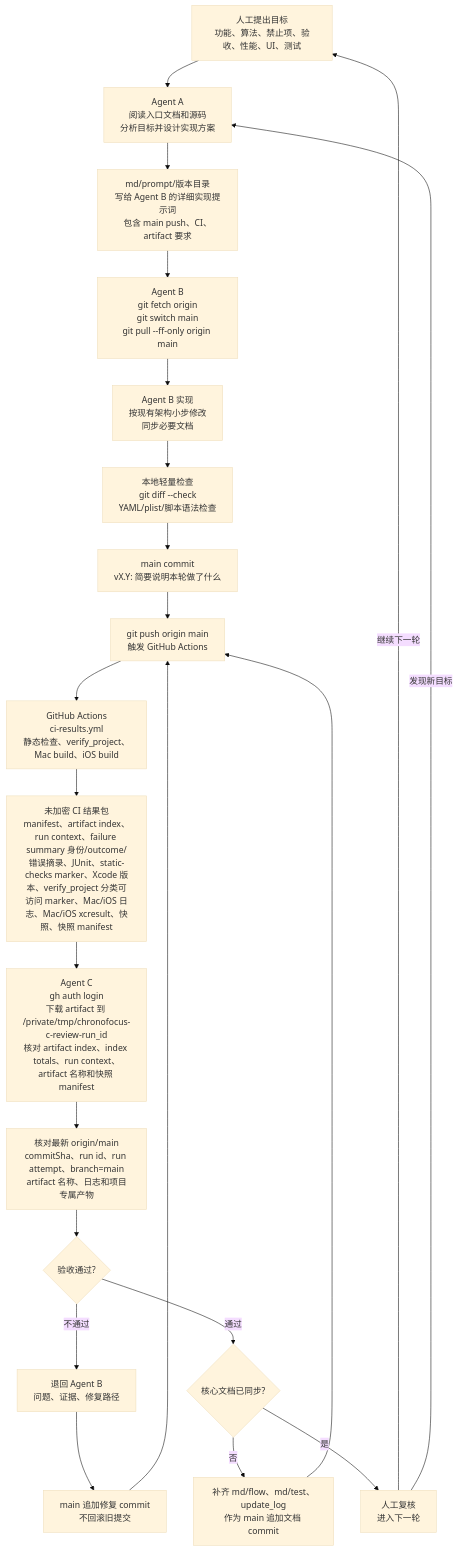
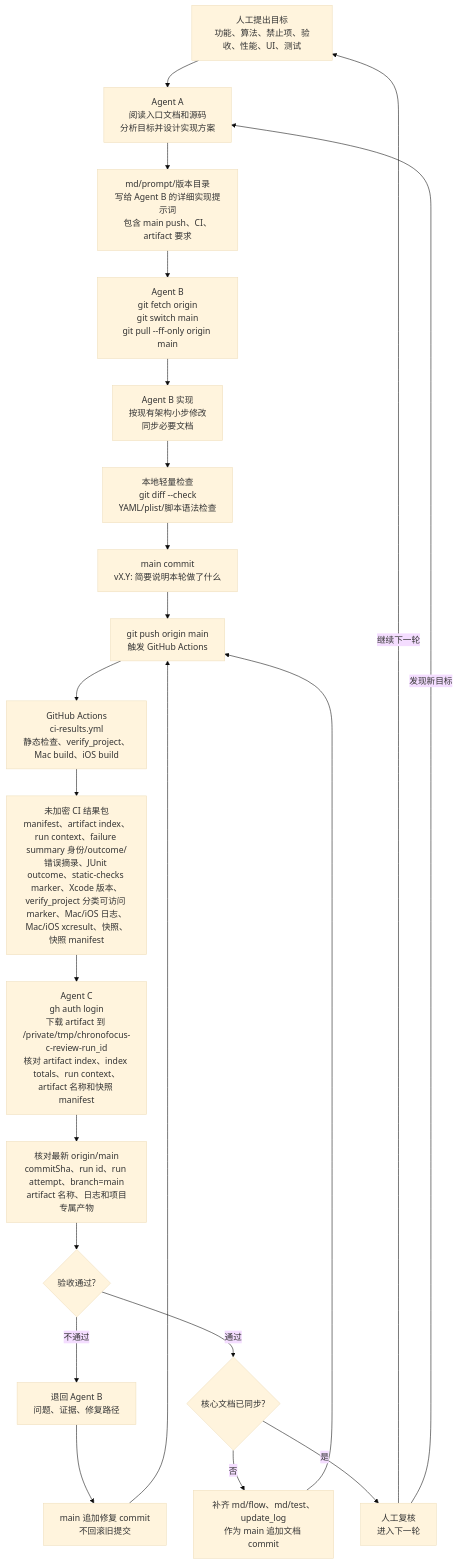
One commit to Altman-sam114/114 changed the fifth of 6 diagrams in md/flow/flowchart.md. Above: the diagram before and after it, drawn with Mermaid (base theme). The commit also changed other lines of this file and 7 other files, not shown here.

Commit message:
v0.38: 复判 CI JUnit outcome

````diff
--- a/md/flow/flowchart.md
+++ b/md/flow/flowchart.md
@@ -102,24 +102,24 @@
 ```mermaid
 flowchart TD
   H["人工提出目标<br/>功能、算法、禁止项、验收、性能、UI、测试"] --> A["Agent A<br/>阅读入口文档和源码<br/>分析目标并设计实现方案"]
   A --> P["md/prompt/版本目录<br/>写给 Agent B 的详细实现提示词<br/>包含 main push、CI、artifact 要求"]
   P --> B0["Agent B<br/>git fetch origin<br/>git switch main<br/>git pull --ff-only origin main"]
   B0 --> B1["Agent B 实现<br/>按现有架构小步修改<br/>同步必要文档"]
   B1 --> L["本地轻量检查<br/>git diff --check<br/>YAML/plist/脚本语法检查"]
   L --> G["main commit<br/>vX.Y: 简要说明本轮做了什么"]
   G --> PUSH["git push origin main<br/>触发 GitHub Actions"]
   PUSH --> CI["GitHub Actions<br/>ci-results.yml<br/>静态检查、verify_project、Mac build、iOS build"]
-  CI --> ART["未加密 CI 结果包<br/>manifest、artifact index、run context、failure summary 身份/outcome/错误摘录、JUnit、static-checks marker、Xcode 版本、verify_project 分类可访问 marker、Mac/iOS 日志、Mac/iOS xcresult、快照、快照 manifest"]
+  CI --> ART["未加密 CI 结果包<br/>manifest、artifact index、run context、failure summary 身份/outcome/错误摘录、JUnit outcome、static-checks marker、Xcode 版本、verify_project 分类可访问 marker、Mac/iOS 日志、Mac/iOS xcresult、快照、快照 manifest"]
   ART --> C["Agent C<br/>gh auth login<br/>下载 artifact 到 /private/tmp/chronofocus-c-review-run_id<br/>核对 artifact index、index totals、run context、artifact 名称和快照 manifest"]
   C --> V["核对最新 origin/main<br/>commitSha、run id、run attempt、branch=main<br/>artifact 名称、日志和项目专属产物"]
   V --> PASS{"验收通过?"}
   PASS -->|不通过| BACK["退回 Agent B<br/>问题、证据、修复路径"]
   BACK --> FIX["main 追加修复 commit<br/>不回滚旧提交"]
   FIX --> PUSH
   PASS -->|通过| DOC{"核心文档已同步?"}
   DOC -->|否| D["补齐 md/flow、md/test、update_log<br/>作为 main 追加文档 commit"]
   D --> PUSH
   DOC -->|是| J["人工复核<br/>进入下一轮"]
   J -->|继续下一轮| H
   J -->|发现新目标| A
 ```
````
